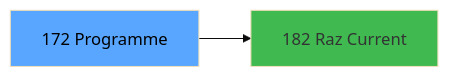
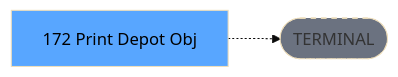
One commit to thonyAGP/lecteur-magic changed the third of 3 diagrams in .openspec/specs/ADH-IDE-172.md. Above: the diagram before and after it, drawn with Mermaid (base theme). The commit also changed other lines of this file and 701 other files, not shown here.

````diff
--- a/.openspec/specs/ADH-IDE-172.md
+++ b/.openspec/specs/ADH-IDE-172.md
@@ -144,8 +139,8 @@
 ```mermaid
 graph LR
-    T[172 Programme]
-    C182[182 Raz Current ]
-    T --> C182
+    T[172 Print Depot Obj]
+    TERM([TERMINAL])
+    T -.-> TERM
+    style TERM fill:#6b7280,stroke-dasharray: 5 5
     style T fill:#58a6ff,color:#000
-    style C182 fill:#3fb950
 ```
````
